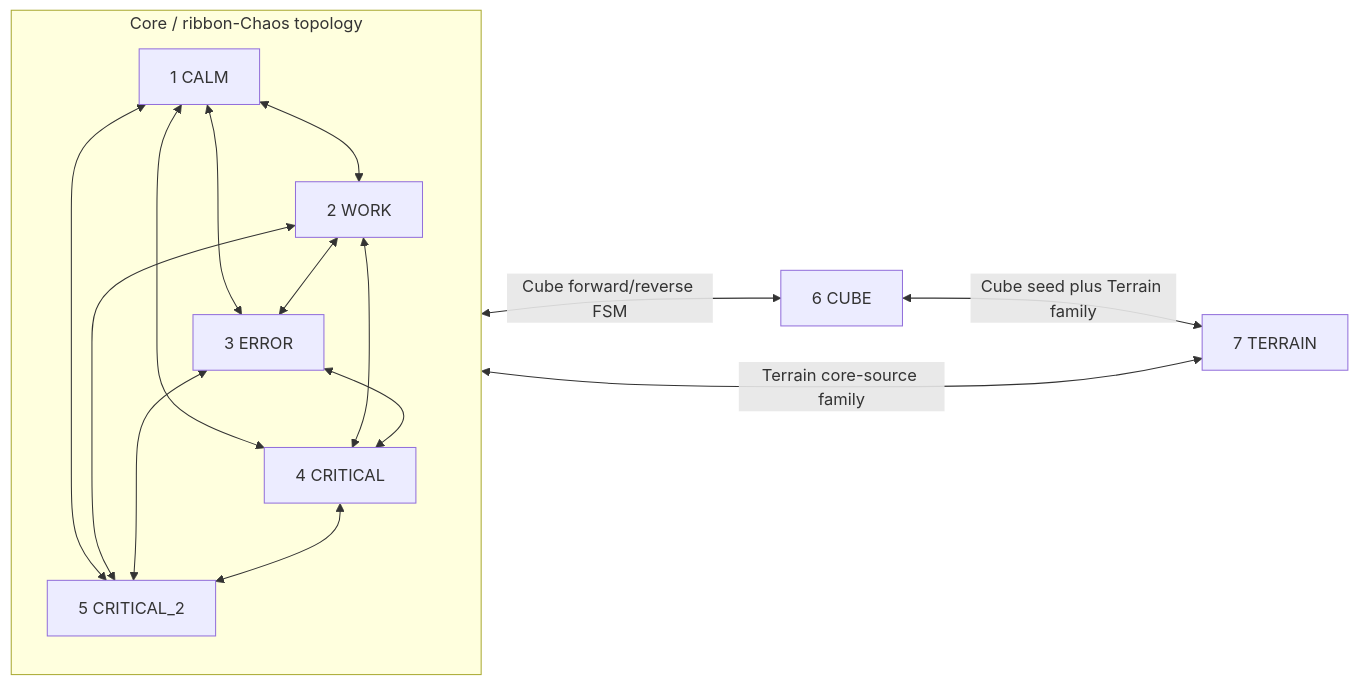
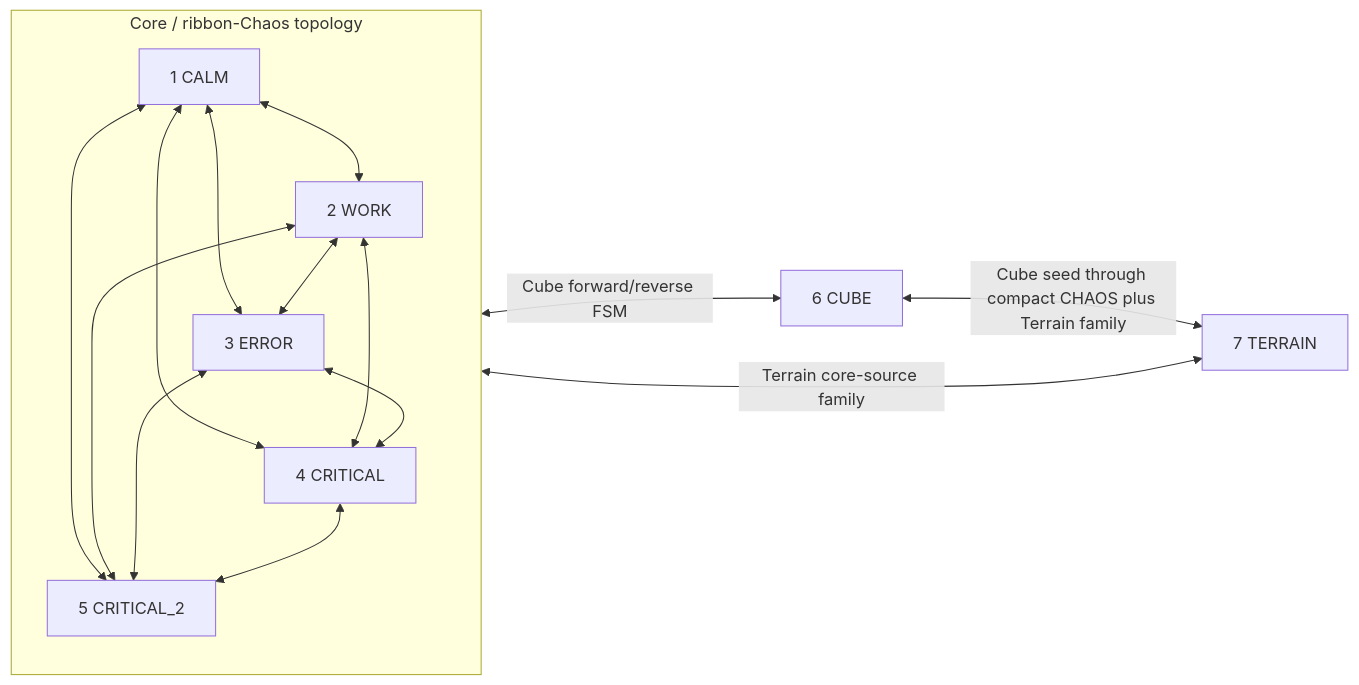
The diagram in docs/STATE_GRAPH.md (alekseidenisovich1-droid/core), drawn with Mermaid before and after one commit. The commit also changed 15 other files, not shown here.

Commit message:
Clarify Cube-to-Terrain compact Chaos handoff

````diff
--- a/docs/STATE_GRAPH.md
+++ b/docs/STATE_GRAPH.md
@@ -7,27 +7,27 @@
 ```mermaid
 flowchart LR
   subgraph R[Core / ribbon-Chaos topology]
     S1[1 CALM]
     S2[2 WORK]
     S3[3 ERROR]
     S4[4 CRITICAL]
     S5[5 CRITICAL_2]
   end
   S6[6 CUBE]
   S7[7 TERRAIN]
 
   S1 <--> S2
   S1 <--> S3
   S1 <--> S4
   S1 <--> S5
   S2 <--> S3
   S2 <--> S4
   S2 <--> S5
   S3 <--> S4
   S3 <--> S5
   S4 <--> S5
 
   R <-->|Cube forward/reverse FSM| S6
   R <-->|Terrain core-source family| S7
-  S6 <-->|Cube seed plus Terrain family| S7
+  S6 <-->|Cube seed through compact CHAOS plus Terrain family| S7
 ```
````
